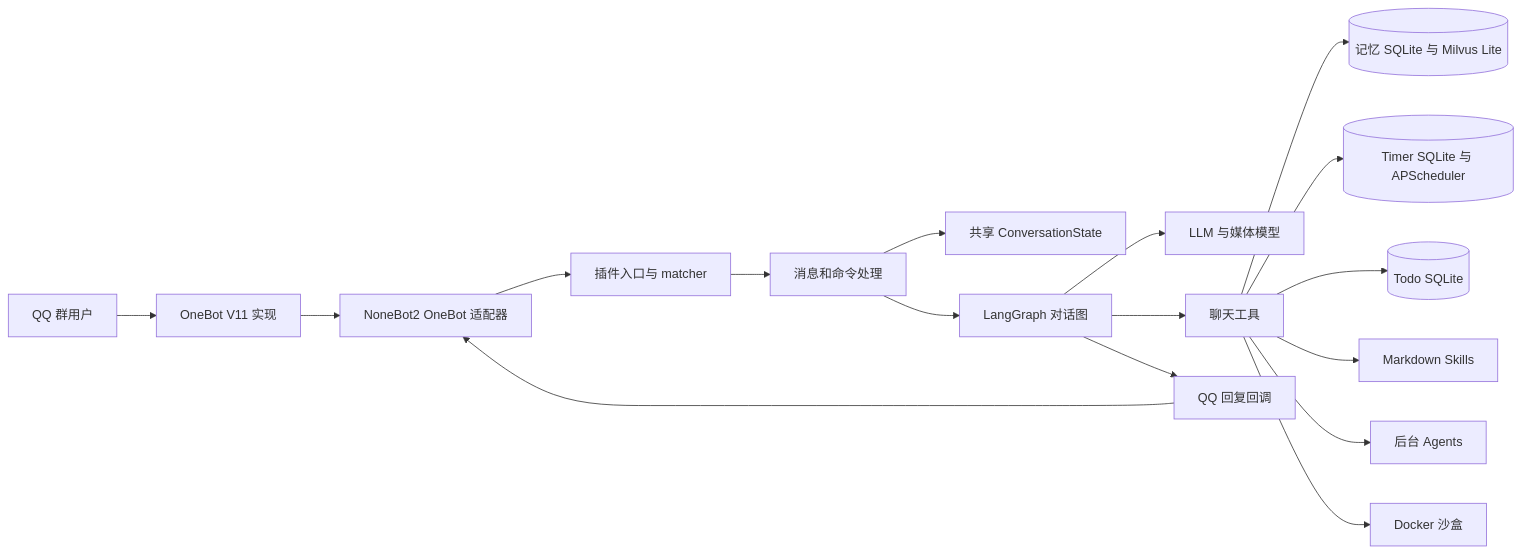
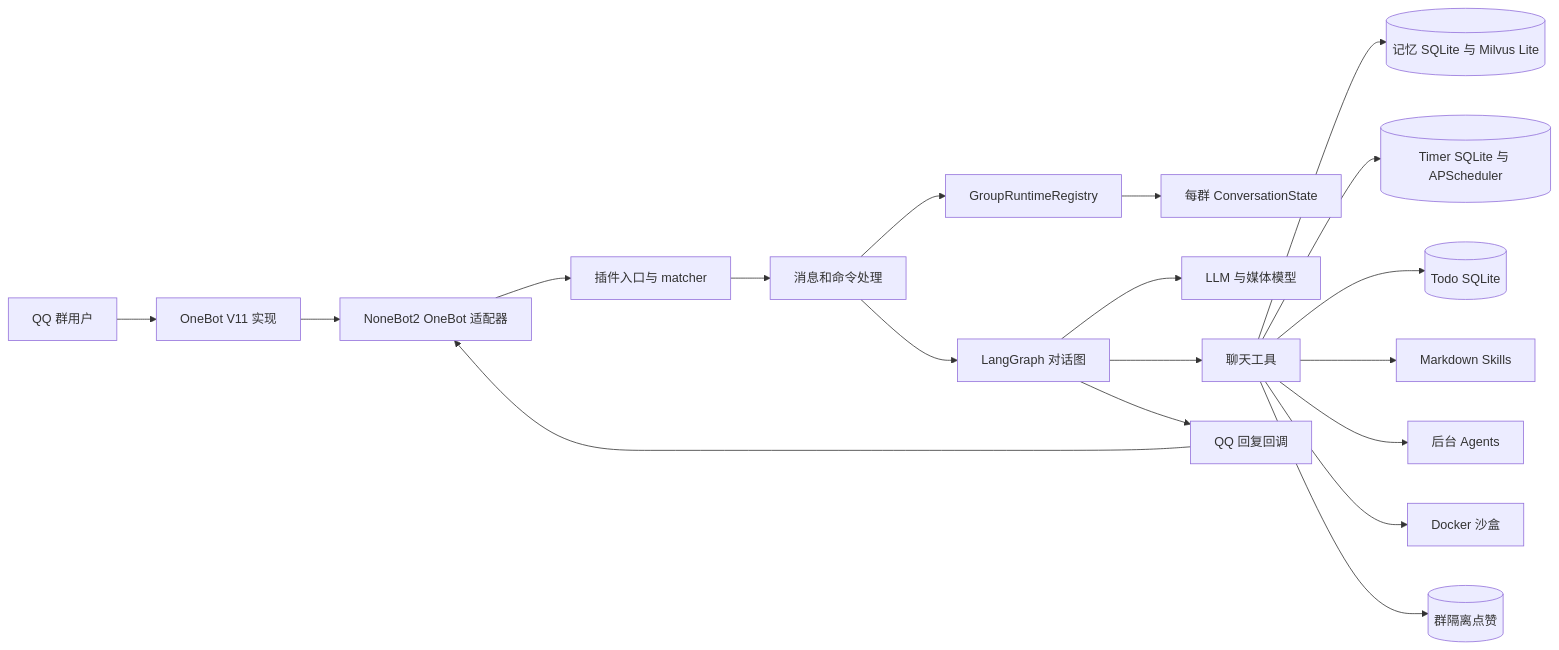
Before and after one commit to ATreep/hatsume-qq-bot: the first of 10 diagrams in docs/arch.md, drawn with Mermaid. The commit also changed other lines of this file and 78 other files, not shown here.

Commit message:
feat: isolate bot runtime by group

```diff
--- a/docs/arch.md
+++ b/docs/arch.md
@@ -9,19 +9,21 @@
 ~~~mermaid
 flowchart LR
     User[QQ 群用户] --> OB[OneBot V11 实现]
     OB --> NB[NoneBot2 OneBot 适配器]
     NB --> Entry[插件入口与 matcher]
     Entry --> Handlers[消息和命令处理]
-    Handlers --> State[共享 ConversationState]
+    Handlers --> Registry[GroupRuntimeRegistry]
+    Registry --> State[每群 ConversationState]
     Handlers --> Graph[LangGraph 对话图]
     Graph --> Models[LLM 与媒体模型]
     Graph --> Tools[聊天工具]
     Tools --> Memory[(记忆 SQLite 与 Milvus Lite)]
     Tools --> Timers[(Timer SQLite 与 APScheduler)]
     Tools --> Todos[(Todo SQLite)]
     Tools --> Skills[Markdown Skills]
     Tools --> Agents[后台 Agents]
     Tools --> Sandbox[Docker 沙盒]
+    Tools --> Likes[(群隔离点赞)]
     Graph --> Send[QQ 回复回调]
     Send --> NB
 ~~~
```
